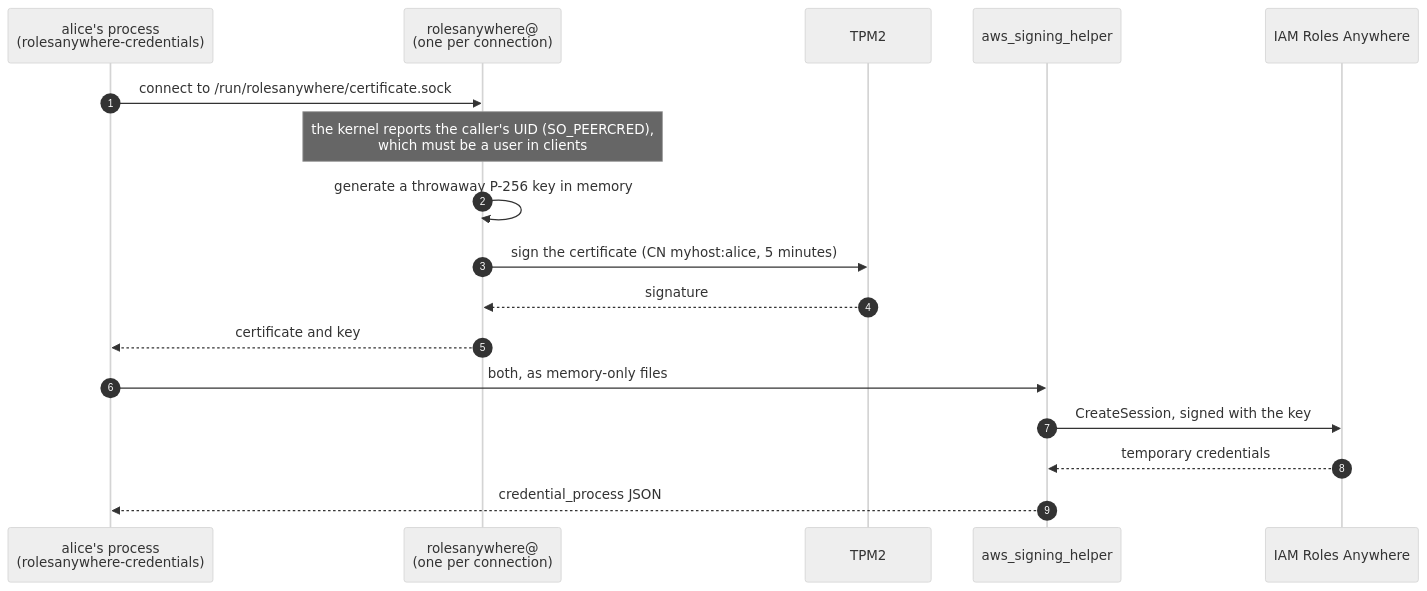
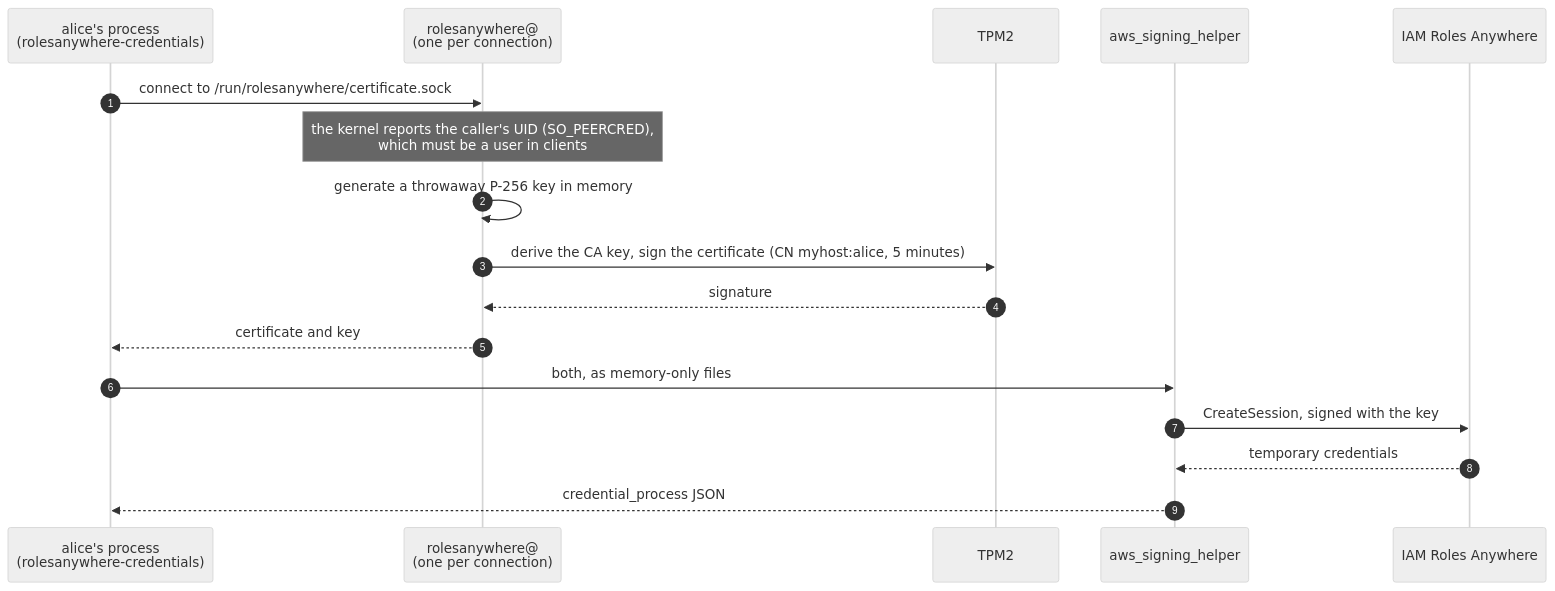
One commit to gshpychka/realm changed the diagram in packages/rolesanywhere/README.md. Above: the diagram before and after it, drawn with Mermaid (neutral theme). The commit also changed other lines of this file and 15 other files, not shown here.

First line of the commit message:
Derive the Roles Anywhere CA key in the TPM for each certificate

````diff
--- a/packages/rolesanywhere/README.md
+++ b/packages/rolesanywhere/README.md
@@ -67,20 +8,20 @@
 ```mermaid
 sequenceDiagram
   autonumber
   participant P as alice's process<br/>(rolesanywhere-credentials)
   participant I as rolesanywhere@<br/>(one per connection)
   participant T as TPM2
   participant H as aws_signing_helper
   participant RA as IAM Roles Anywhere
 
   P->>I: connect to /run/rolesanywhere/certificate.sock
   Note over I: the kernel reports the caller's UID (SO_PEERCRED),<br/>which must be a user in clients
   I->>I: generate a throwaway P-256 key in memory
-  I->>T: sign the certificate (CN myhost:alice, 5 minutes)
+  I->>T: derive the CA key, sign the certificate (CN myhost:alice, 5 minutes)
   T-->>I: signature
   I-->>P: certificate and key
   P->>H: both, as memory-only files
   H->>RA: CreateSession, signed with the key
   RA-->>H: temporary credentials
   H-->>P: credential_process JSON
 ```
````
